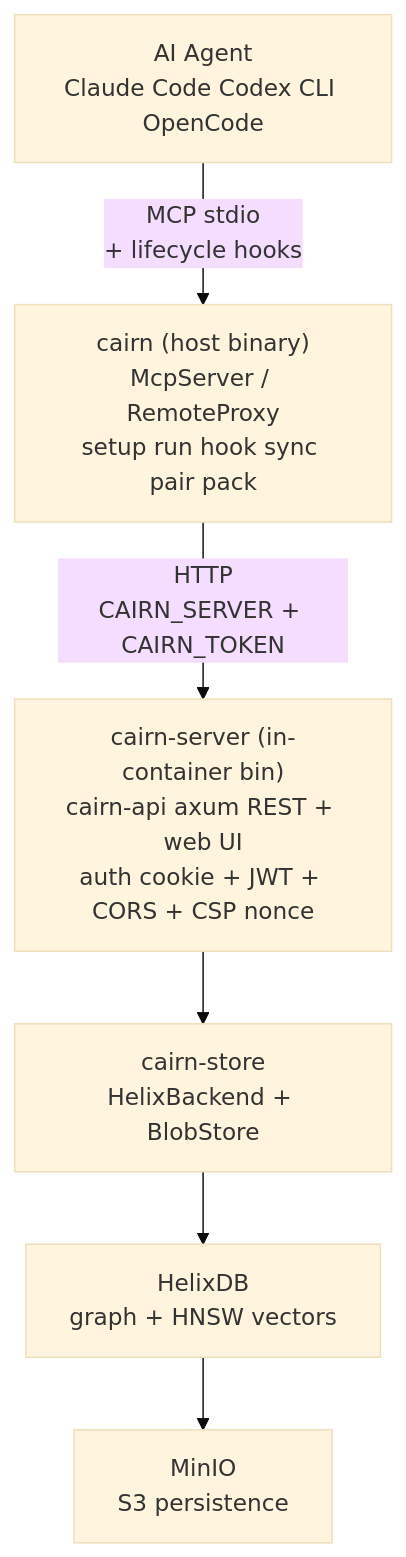
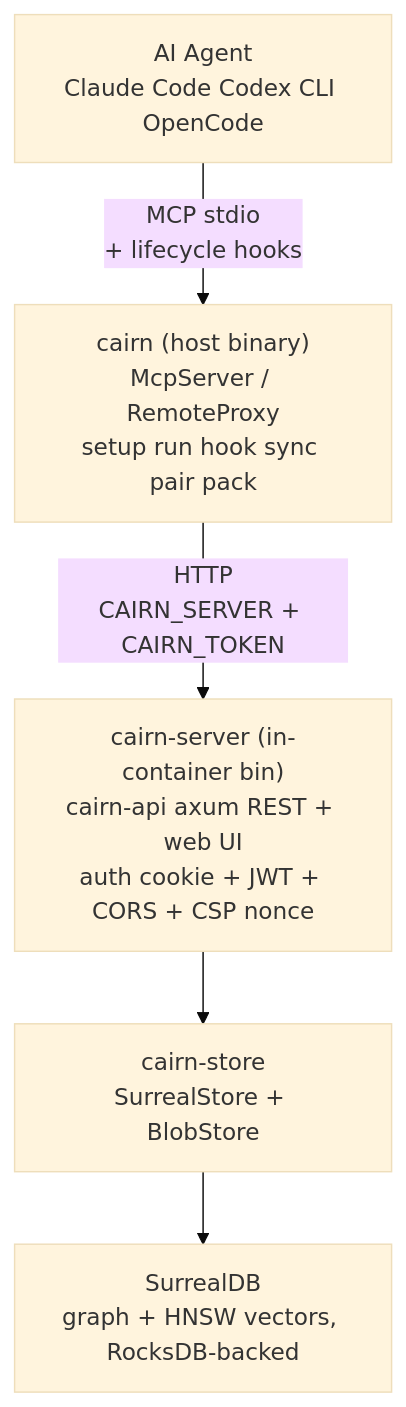
The first of 2 diagrams in docs/reference/architecture.md (Vellixia/Cairn), drawn with Mermaid (base theme) before and after one commit. The commit also changed other lines of this file and 46 other files, not shown here.

````diff
--- a/docs/reference/architecture.md
+++ b/docs/reference/architecture.md
@@ -17,15 +17,13 @@
 ```mermaid
 graph TD
     Agent["AI Agent<br/>Claude Code Codex CLI OpenCode"]
     CLI["cairn (host binary)<br/>McpServer / RemoteProxy<br/>setup run hook sync pair pack"]
     Server["cairn-server (in-container bin)<br/>cairn-api axum REST + web UI<br/>auth cookie + JWT + CORS + CSP nonce"]
-    Store["cairn-store<br/>HelixBackend + BlobStore"]
-    Helix["HelixDB<br/>graph + HNSW vectors"]
-    MinIO["MinIO<br/>S3 persistence"]
+    Store["cairn-store<br/>SurrealStore + BlobStore"]
+    Surreal["SurrealDB<br/>graph + HNSW vectors, RocksDB-backed"]
 
     Agent -->|"MCP stdio<br/>+ lifecycle hooks"| CLI
     CLI -->|"HTTP<br/>CAIRN_SERVER + CAIRN_TOKEN"| Server
     Server --> Store
-    Store --> Helix
-    Helix --> MinIO
+    Store --> Surreal
 ```
````
